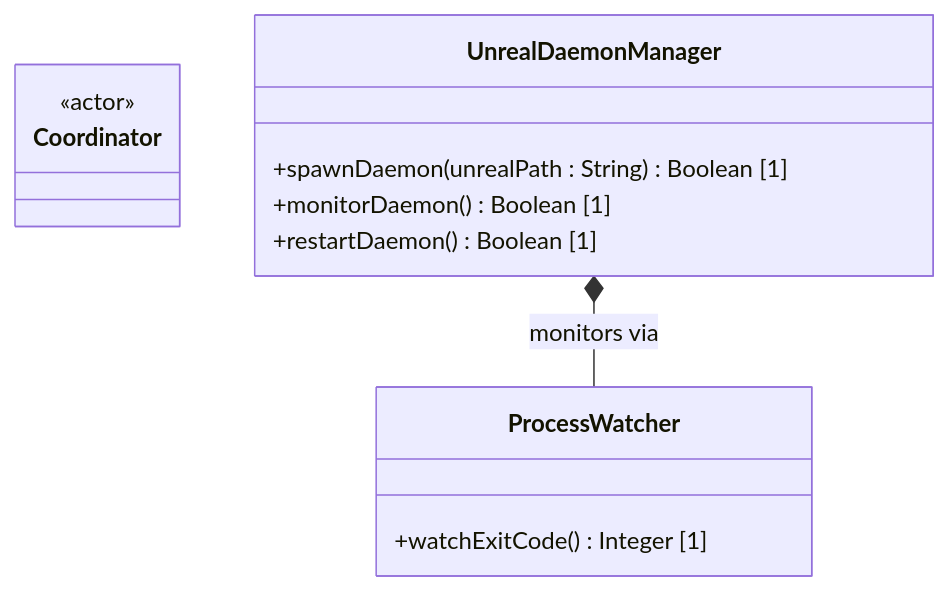
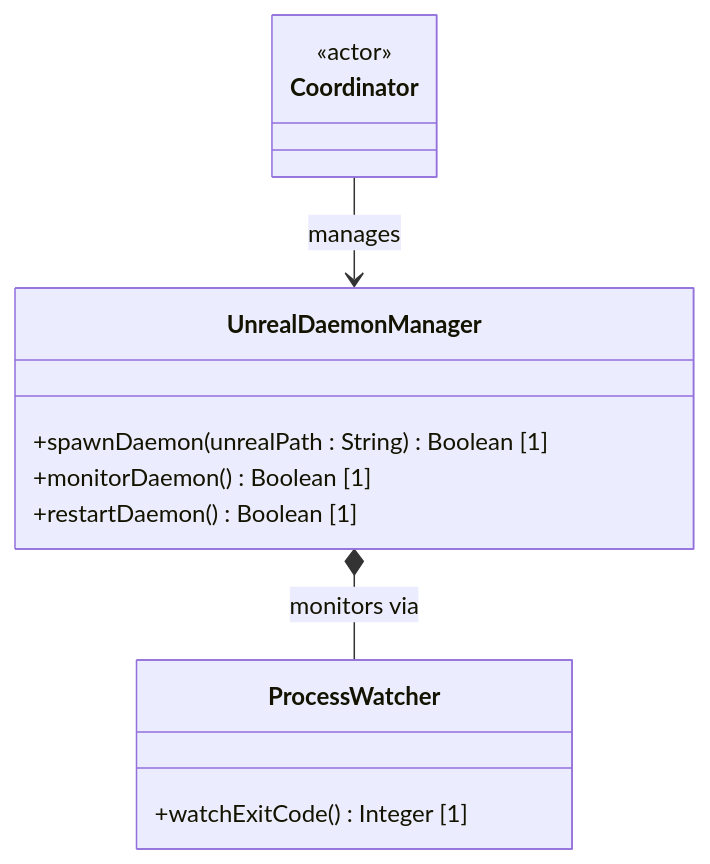
One commit to gintatkinson/3dgs-phoenix changed the diagram in docs/features/feat-46-headless-orchestration.md. Above: the diagram before and after it, drawn with Mermaid. The commit also changed 6 other files, not shown here.

Commit message:
docs: resolve UML compliance violations for features 45-50

````diff
--- a/docs/features/feat-46-headless-orchestration.md
+++ b/docs/features/feat-46-headless-orchestration.md
@@ -19,16 +19,17 @@
 ```mermaid
 classDiagram
     class Coordinator {
         <<actor>>
     }
     class UnrealDaemonManager {
         +spawnDaemon(unrealPath : String) Boolean [1]
         +monitorDaemon() Boolean [1]
         +restartDaemon() Boolean [1]
     }
     class ProcessWatcher {
         +watchExitCode() Integer [1]
     }
 
+    Coordinator --> UnrealDaemonManager : manages
     UnrealDaemonManager *-- ProcessWatcher : monitors via
 ```
````
